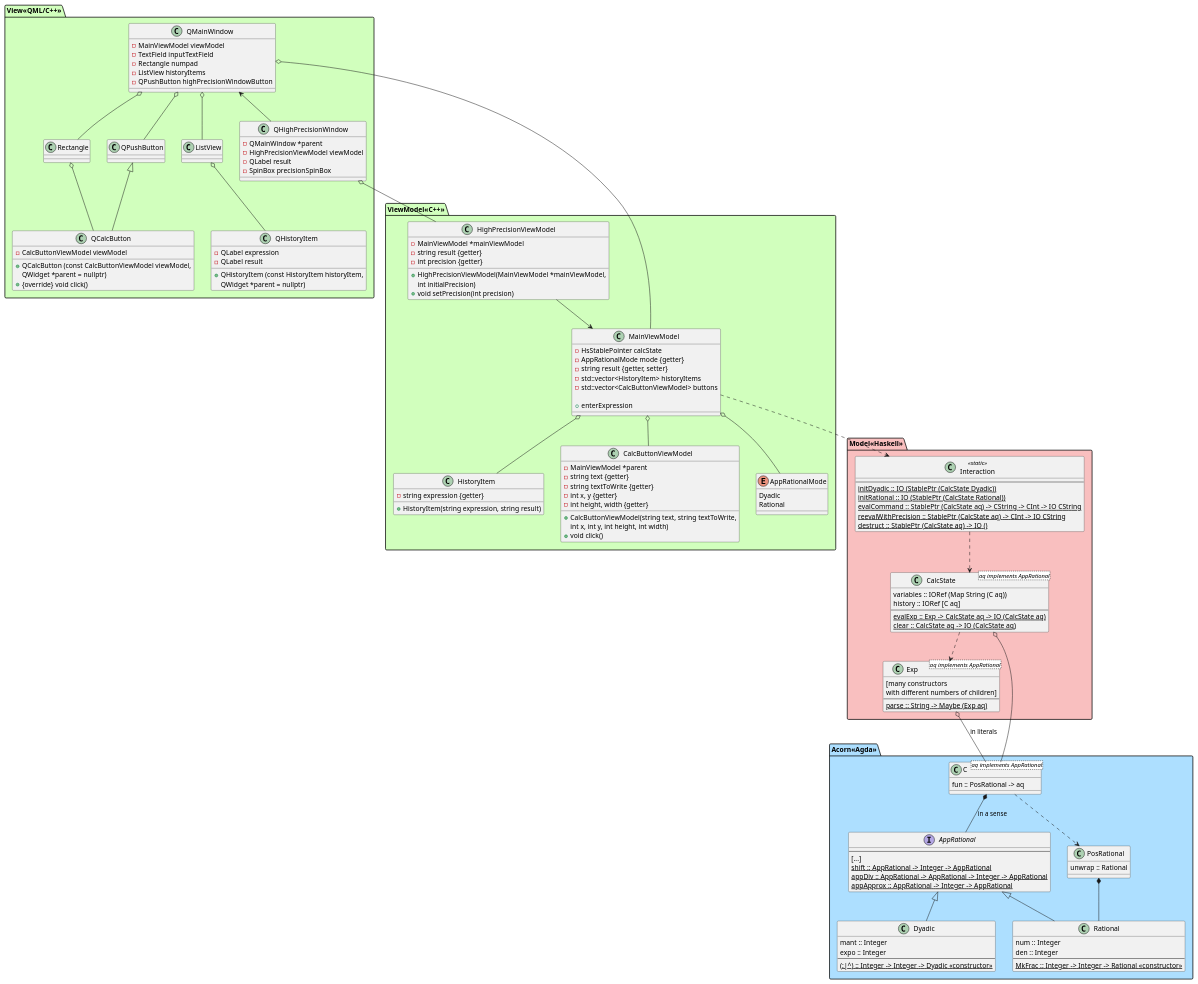
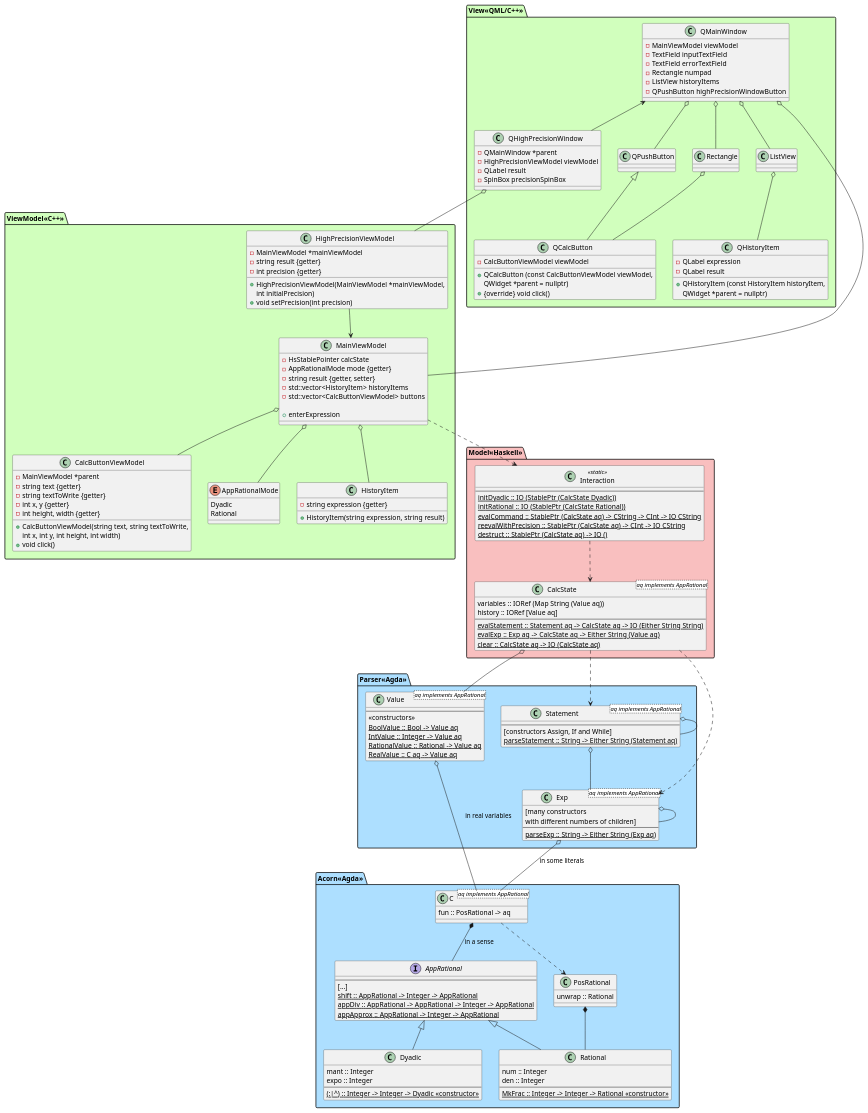
The diagram in docs/classes.puml (viktorcsimma/acorn-calc), drawn with PlantUML before and after one commit. The commit also changed 1 other file, not shown here.

Commit message:
Planning the parser

```diff
--- a/docs/classes.puml
+++ b/docs/classes.puml
@@ -3,7 +3,9 @@
 package View<<QML/C++>> #d1ffbd {
     class QMainWindow {
         - MainViewModel viewModel
+        ' the result also gets written here
         - TextField inputTextField
+        - TextField errorTextField
         - Rectangle numpad
         - ListView historyItems
         - QPushButton highPrecisionWindowButton
@@ -118,26 +120,52 @@
     }
 
     class CalcState<aq implements AppRational> {
-        variables :: IORef (Map String (C aq))  /'the names to the values'/
+        variables :: IORef (Map String (Value aq))  /'the names to the values'/
         ' the results of the previous calculations; from the last to the first
         ' I think these should be able to be accessed for later calculations
         ' there will be a special syntax for this
-        history :: IORef [C aq]
+        history :: IORef [Value aq]
         --
-        {static} evalExp :: Exp -> CalcState aq -> IO (CalcState aq)
+        ' returns an error message, or the result to be printed
+        {static} evalStatement :: Statement aq -> CalcState aq -> IO (Either String String)
+        ' returns an error message, or the value of the expression
+        {static} evalExp :: Exp aq -> CalcState aq -> Either String (Value aq)
         {static} clear :: CalcState aq -> IO (CalcState aq)
+    }
+
+    Interaction ..> CalcState
+    MainViewModel ..> Interaction
+}
+
+package Parser<<Agda>> #addfff {
+    class Statement<aq implements AppRational> {
+        --
+        [constructors Assign, If and While]
+        {static} parseStatement :: String -> Either String (Statement aq)
     }
 
     class Exp<aq implements AppRational> {
         [many constructors
         with different numbers of children]
         --
-        {static} parse :: String -> Maybe (Exp aq)
+        {static} parseExp :: String -> Either String (Exp aq)
     }
 
+    class Value<aq implements AppRational> {
+        --
+        <<constructors>>
+        {static} BoolValue :: Bool -> Value aq
+        {static} IntValue :: Integer -> Value aq
+        {static} RationalValue :: Rational -> Value aq
+        {static} RealValue :: C aq -> Value aq
+    }
+
+    CalcState ..> Statement
     CalcState ..> Exp
-    Interaction ..> CalcState
-    MainViewModel ..> Interaction
+    CalcState o-- Value
+    Statement o-- Statement
+    Statement o-- Exp
+    Exp o-- Exp
 }
 
 package Acorn<<Agda>> #addfff {
@@ -177,13 +205,13 @@
         {static} (:|^) :: Integer -> Integer -> Dyadic <<constructor>>
     }
 
-    CalcState o-- C
+    Exp o-- C: in some literals
+    Value o-- C: in real variables
     C *-- AppRational: in a sense
     PosRational *-- Rational
     AppRational <|-- Dyadic
     AppRational <|-- Rational
     C ..> PosRational
-    Exp o-- C: in literals
 }
 
 @enduml
```
